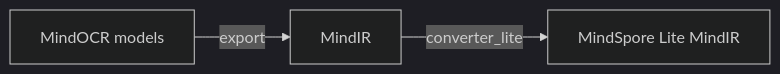
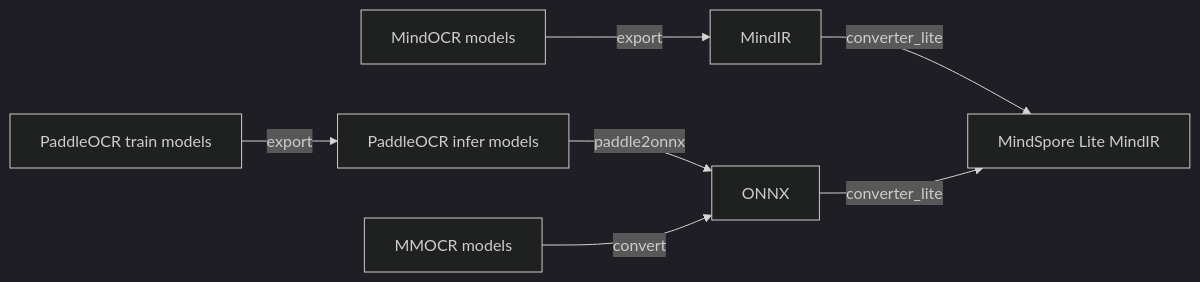
Before and after one commit to mindspore-lab/mindocr: the diagram in docs/zh/inference/convert_tutorial.md, drawn with Mermaid (dark theme). The commit also changed other lines of this file and 8 other files, not shown here.

````diff
--- a/docs/zh/inference/convert_tutorial.md
+++ b/docs/zh/inference/convert_tutorial.md
@@ -9,4 +5,6 @@
 ```mermaid
 graph LR;
     A[MindOCR models] -- export --> B[MindIR] -- converter_lite --> C[MindSpore Lite MindIR];
+    D[PaddleOCR train models] -- export --> E[PaddleOCR infer models] -- paddle2onnx --> F[ONNX]-- converter_lite --> C;
+    H[MMOCR models] -- convert --> F;
 ```
````
